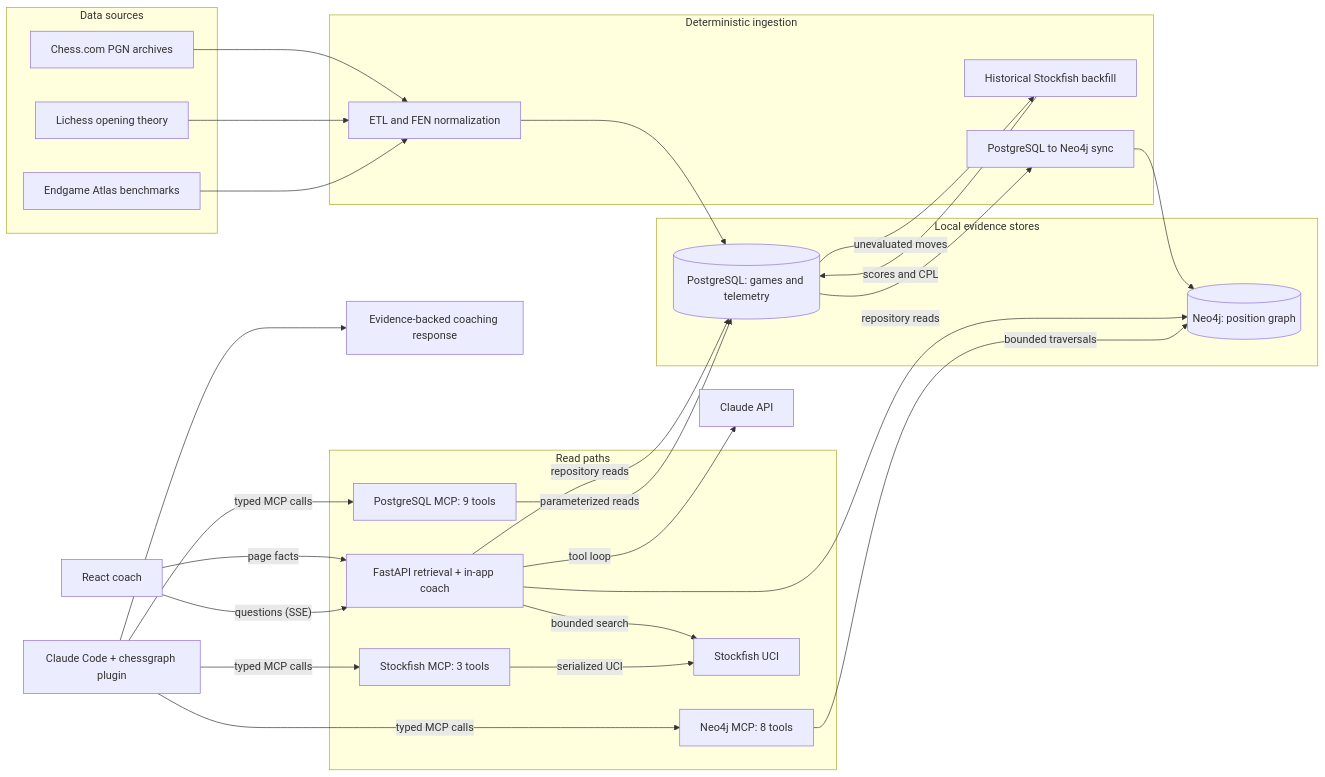
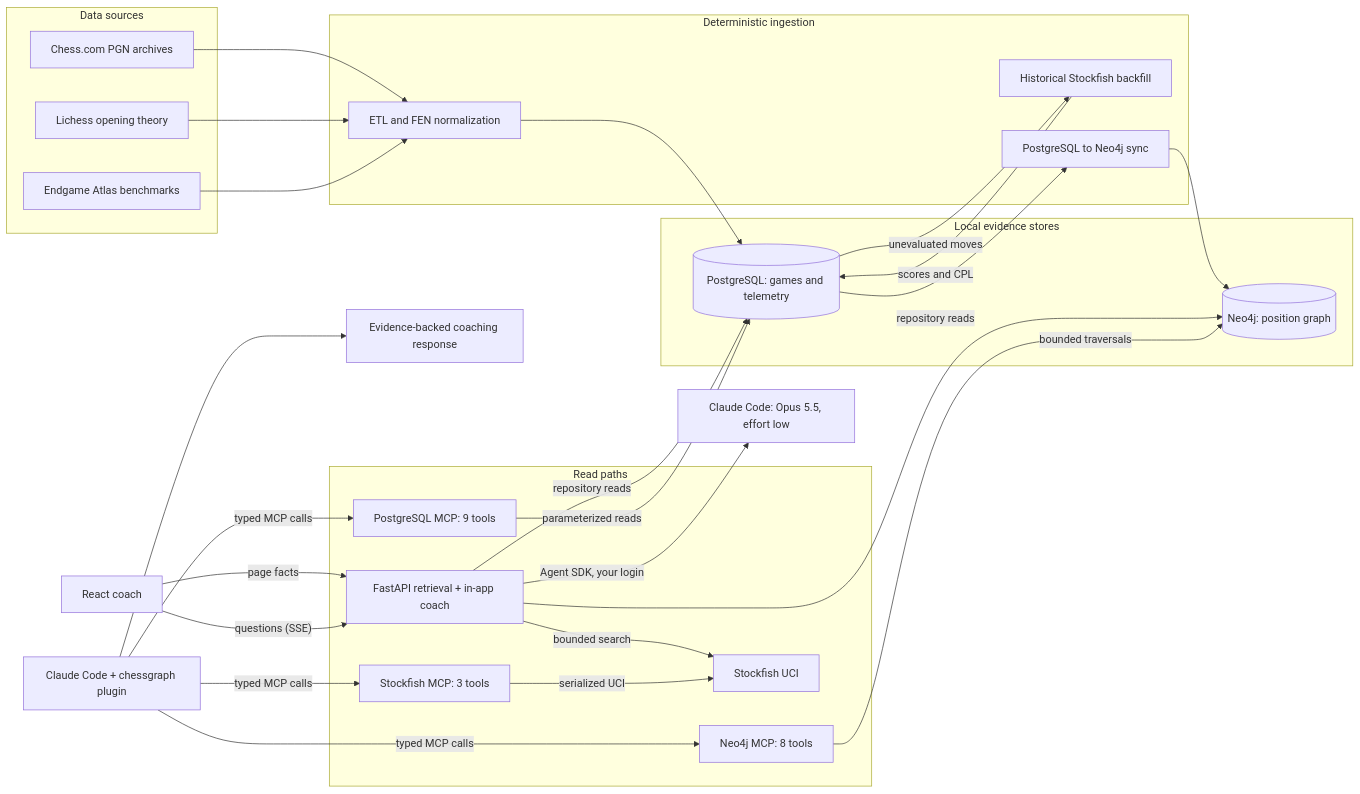
The first of 2 diagrams in README.md (JunENSAI/ChessGraph-MCP), drawn with Mermaid before and after one commit. The commit also changed other lines of this file and 4 other files, not shown here.

First line of the commit message:
docs: batch 8 - README and docs for the subscription coach and graph

````diff
--- a/README.md
+++ b/README.md
@@ -48,54 +50,54 @@
 ```mermaid
 flowchart LR
     subgraph sources [Data sources]
         pgn["Chess.com PGN archives"]
         openings["Lichess opening theory"]
         endgames["Endgame Atlas benchmarks"]
     end
 
     subgraph ingestion [Deterministic ingestion]
         normalizer["ETL and FEN normalization"]
         backfill["Historical Stockfish backfill"]
         graphSync["PostgreSQL to Neo4j sync"]
     end
 
     subgraph knowledge [Local evidence stores]
         postgres[("PostgreSQL: games and telemetry")]
         neo4j[("Neo4j: position graph")]
     end
 
     subgraph runtime [Read paths]
         api["FastAPI retrieval + in-app coach"]
         pgMcp["PostgreSQL MCP: 9 tools"]
         graphMcp["Neo4j MCP: 8 tools"]
         sfMcp["Stockfish MCP: 3 tools"]
         stockfish["Stockfish UCI"]
     end
 
     ui["React coach"]
     host["Claude Code + chessgraph plugin"]
     coach["Evidence-backed coaching response"]
 
     pgn --> normalizer
     openings --> normalizer
     endgames --> normalizer
     normalizer --> postgres
     postgres -->|"unevaluated moves"| backfill
     backfill -->|"scores and CPL"| postgres
     postgres --> graphSync
     graphSync --> neo4j
 
     ui -->|"page facts"| api
     ui -->|"questions (SSE)"| api
-    api -->|"tool loop"| claudeApi["Claude API"]
+    api -->|"Agent SDK, your login"| claudeCode["Claude Code: Opus 5.5, effort low"]
     api -->|"repository reads"| postgres
     api -->|"repository reads"| neo4j
     api -->|"bounded search"| stockfish
     host -->|"typed MCP calls"| pgMcp
     host -->|"typed MCP calls"| graphMcp
     host -->|"typed MCP calls"| sfMcp
     pgMcp -->|"parameterized reads"| postgres
     graphMcp -->|"bounded traversals"| neo4j
     sfMcp -->|"serialized UCI"| stockfish
     host --> coach
 ```
````
